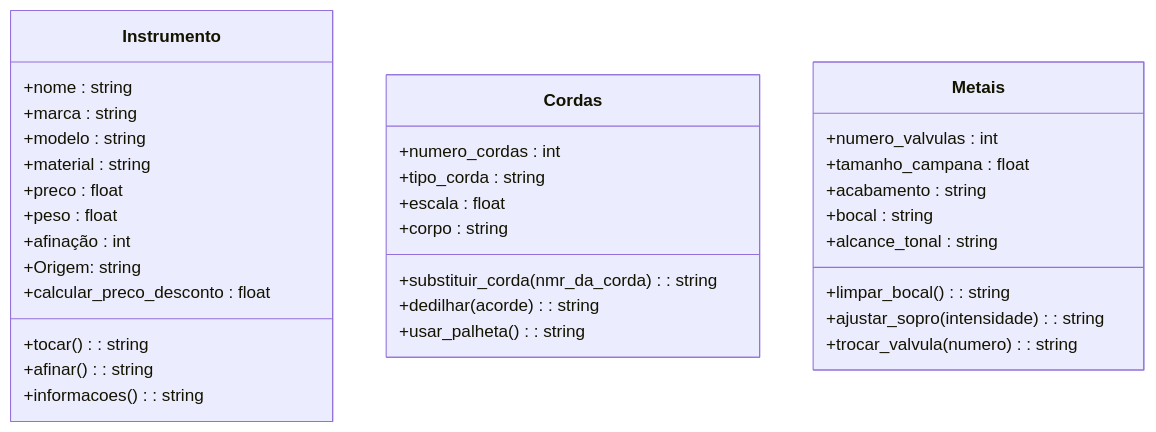
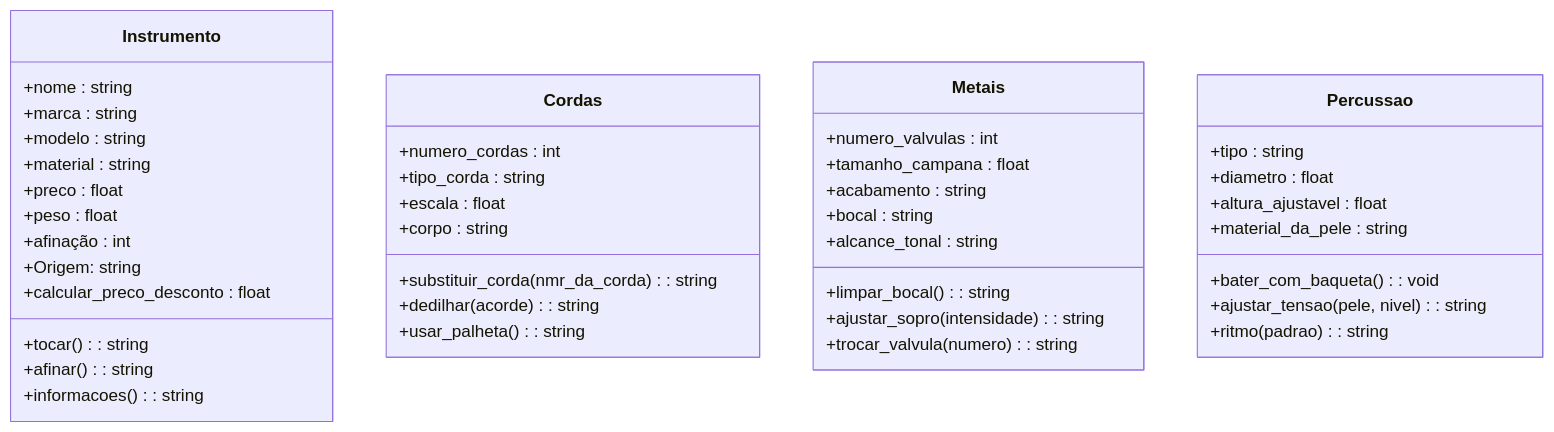
One commit to JoaoVitorCaetano/PooJavaCeub-Grupo8 changed the diagram in Instrumento.md. Above: the diagram before and after it, drawn with Mermaid.

Commit message:
criar classe percussão
Criando a classe percussão com seus atributos e métodos.

````diff
--- a/Instrumento.md
+++ b/Instrumento.md
@@ -1,43 +1,54 @@
 ```mermaid
   classDiagram
 
   class Instrumento{
     +nome : string
     +marca : string
     +modelo : string
     +material : string
     +preco : float
     +peso : float
     +afinação : int
     +Origem: string
 
     +tocar() : string
     +afinar() : string
     +informacoes() : string
     +calcular_preco_desconto : float
   }
 
   class Cordas{
     +numero_cordas : int
     +tipo_corda : string
     +escala : float
     +corpo : string
 
     +substituir_corda(nmr_da_corda) : string
     +dedilhar(acorde) : string
     +usar_palheta() : string
   }
 
   class Metais{
     +numero_valvulas : int
     +tamanho_campana : float
     +acabamento : string
     +bocal : string
     +alcance_tonal : string
 
     +limpar_bocal() : string
     +ajustar_sopro(intensidade) : string
     +trocar_valvula(numero) : string
   }
 
+  class Percussao {
+    +tipo : string
+    +diametro : float
+    +altura_ajustavel : float
+    +material_da_pele : string
+
+    +bater_com_baqueta() : void
+    +ajustar_tensao(pele, nivel) : string
+    +ritmo(padrao) : string
+  }
+
 ```
````
